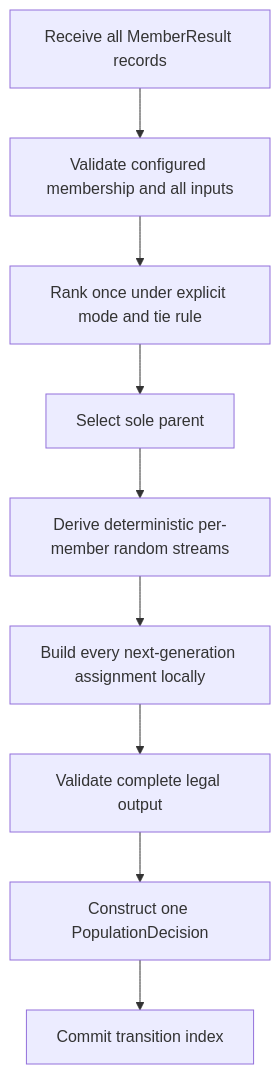
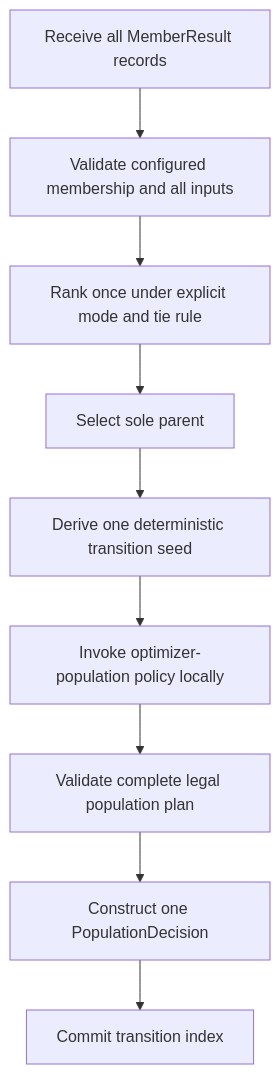
One commit to smithblack-0/ClanBasedTuning changed the diagram in docs/designs/evolutionary_controller.md. Above: the diagram before and after it, drawn with Mermaid. The commit also changed other lines of this file, not shown here.

Commit message:
Revise controller policy boundary after adversarial research

````diff
--- a/docs/designs/evolutionary_controller.md
+++ b/docs/designs/evolutionary_controller.md
@@ -148,11 +190,11 @@
 ```mermaid
 flowchart TD
     A[Receive all MemberResult records] --> B[Validate configured membership and all inputs]
     B --> C[Rank once under explicit mode and tie rule]
     C --> D[Select sole parent]
-    D --> E[Derive deterministic per-member random streams]
-    E --> F[Build every next-generation assignment locally]
-    F --> G[Validate complete legal output]
+    D --> E[Derive one deterministic transition seed]
+    E --> F[Invoke optimizer-population policy locally]
+    F --> G[Validate complete legal population plan]
     G --> H[Construct one PopulationDecision]
     H --> I[Commit transition index]
 ```
````
